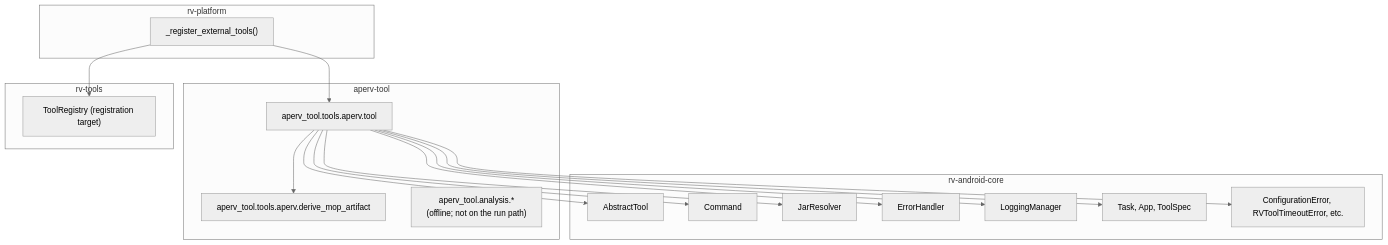
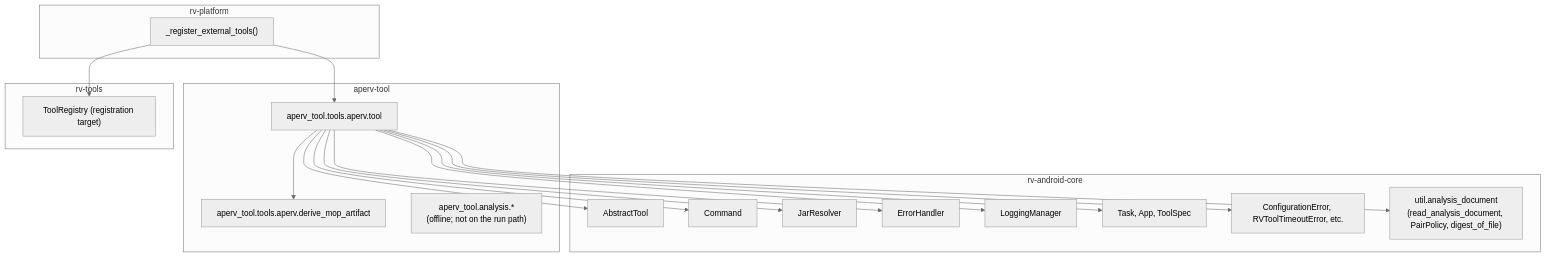
The second of 5 diagrams in rv-android/modules/aperv-tool/docs/architecture.md (PAMunb/rvsec), drawn with Mermaid before and after one commit. The commit also changed other lines of this file and 5 other files, not shown here.

````diff
--- a/rv-android/modules/aperv-tool/docs/architecture.md
+++ b/rv-android/modules/aperv-tool/docs/architecture.md
@@ -252,35 +253,37 @@
 ```mermaid
 %%{init: {'theme': 'neutral'}}%%
 flowchart TB
     subgraph ApervModule["aperv-tool"]
         ToolImpl["aperv_tool.tools.aperv.tool"]
         DeriveImpl["aperv_tool.tools.aperv.derive_mop_artifact"]
         AnalysisPkg["aperv_tool.analysis.*<br/>(offline; not on the run path)"]
     end
     subgraph CoreDeps["rv-android-core"]
         AbstractToolDep["AbstractTool"]
         CommandDep["Command"]
         JarResolverDep["JarResolver"]
         ErrorHandlerDep["ErrorHandler"]
         LoggingDep["LoggingManager"]
         DomainDep["Task, App, ToolSpec"]
         ExceptionsDep["ConfigurationError, RVToolTimeoutError, etc."]
+        AnalysisDocDep["util.analysis_document<br/>(read_analysis_document, PairPolicy, digest_of_file)"]
     end
     subgraph ToolsDeps["rv-tools"]
         RegistryDep["ToolRegistry (registration target)"]
     end
     subgraph PlatformDeps["rv-platform"]
         ExtRegDep["_register_external_tools()"]
     end
 
     ToolImpl --> AbstractToolDep
     ToolImpl --> CommandDep
     ToolImpl --> JarResolverDep
     ToolImpl --> ErrorHandlerDep
     ToolImpl --> LoggingDep
     ToolImpl --> DomainDep
     ToolImpl --> ExceptionsDep
+    ToolImpl --> AnalysisDocDep
     ToolImpl --> DeriveImpl
     ExtRegDep --> ToolImpl
     ExtRegDep --> RegistryDep
 ```
````
